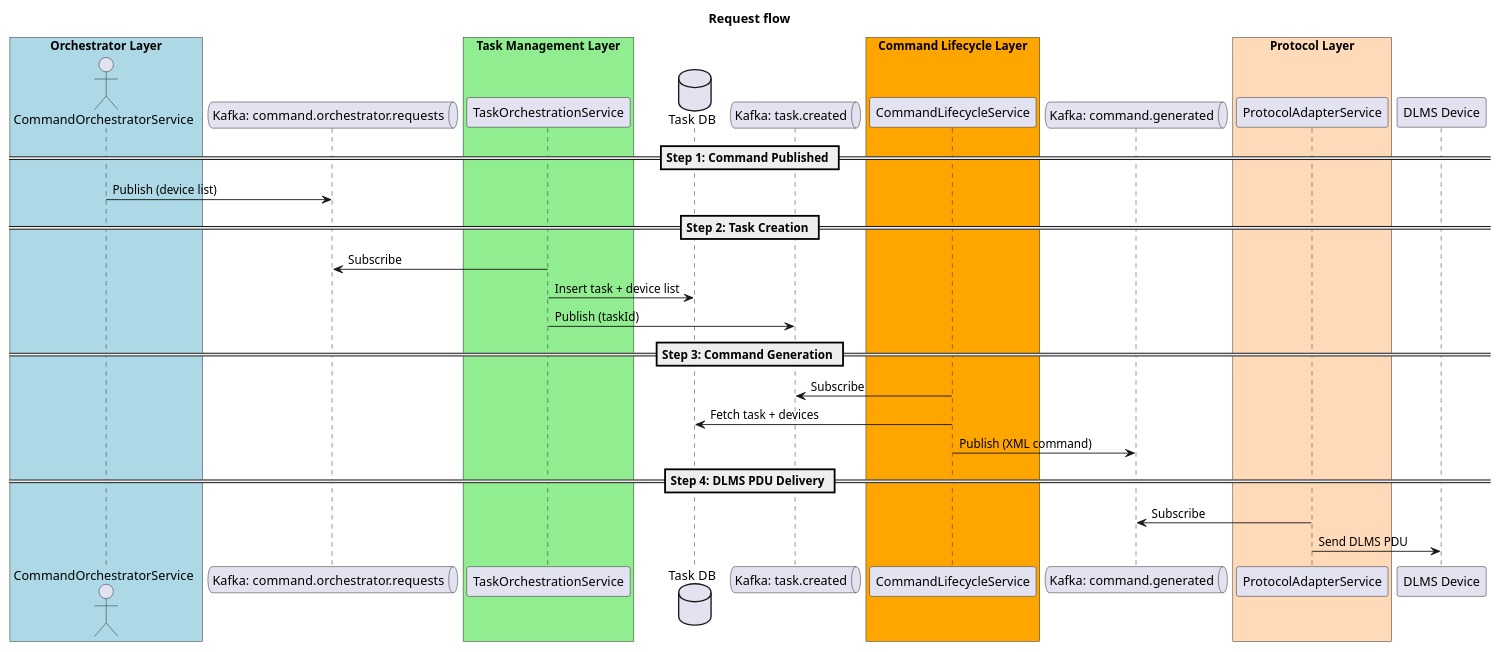
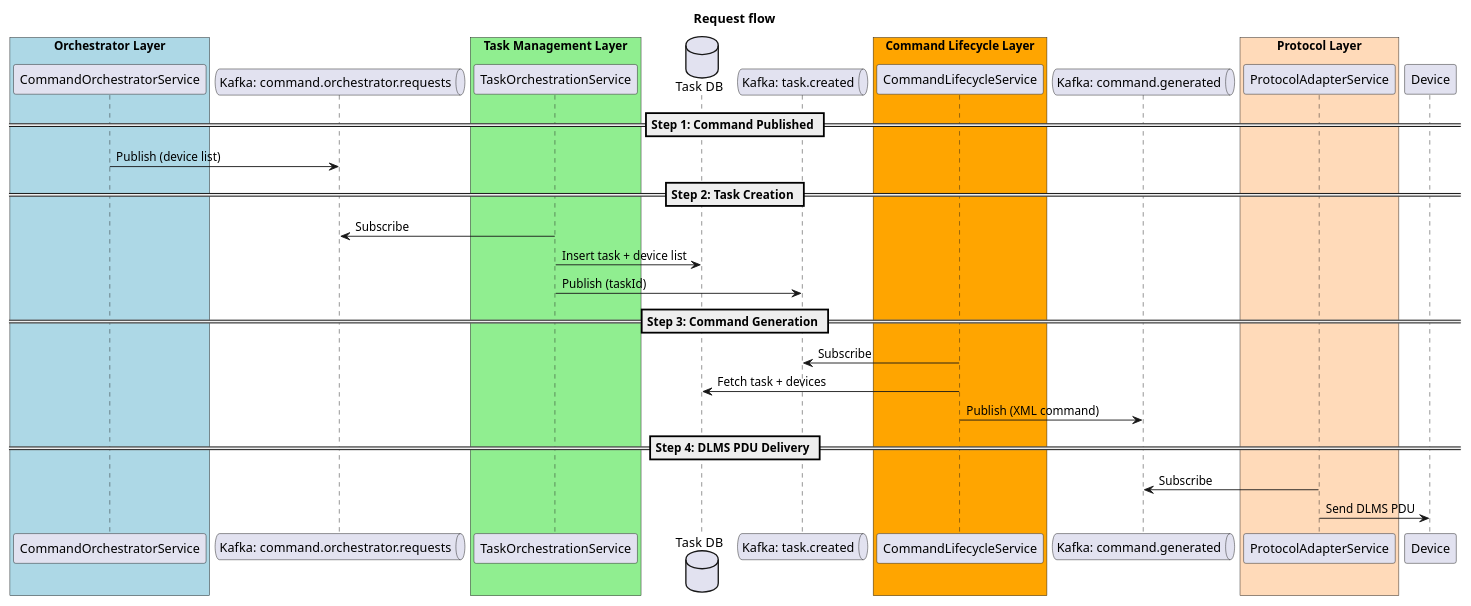
One commit to sbhrwl/microservices changed the first of 2 diagrams in designingmicroservices/architecture/README.md. Above: the diagram before and after it, drawn with PlantUML. The commit also changed other lines of this file, not shown here.

````diff
--- a/designingmicroservices/architecture/README.md
+++ b/designingmicroservices/architecture/README.md
@@ -6,48 +11,48 @@
-```plantuml
-@startuml
-title Request flow
-
-box "Orchestrator Layer" #LightBlue
-  actor CommandOrchestratorService
-end box
-
-queue "Kafka: command.orchestrator.requests" as KafkaGFC
-
-box "Task Management Layer" #LightGreen
-  participant TaskOrchestrationService
-end box
-
-database "Task DB" as TaskDB
-queue "Kafka: task.created" as KafkaTask
-
-box "Command Lifecycle Layer" #Orange
-  participant CommandLifecycleService
-end box
-
-queue "Kafka: command.generated" as KafkaCommand
-
-box "Protocol Layer" #PeachPuff
-  participant ProtocolAdapterService
-end box
-
-participant "DLMS Device" as Device
-
-== Step 1: Command Published ==
-CommandOrchestratorService -> KafkaGFC: Publish (device list)
-
-== Step 2: Task Creation ==
-TaskOrchestrationService -> KafkaGFC: Subscribe
-TaskOrchestrationService -> TaskDB: Insert task + device list
-TaskOrchestrationService -> KafkaTask: Publish (taskId)
-
-== Step 3: Command Generation ==
-CommandLifecycleService -> KafkaTask: Subscribe
-CommandLifecycleService -> TaskDB: Fetch task + devices
-CommandLifecycleService -> KafkaCommand: Publish (XML command)
-
-== Step 4: DLMS PDU Delivery ==
-ProtocolAdapterService -> KafkaCommand: Subscribe
-ProtocolAdapterService -> Device: Send DLMS PDU
-
-@enduml
-```
+  ```plantuml
+  @startuml
+  title Request flow
+  
+  box "Orchestrator Layer" #LightBlue
+    participant CommandOrchestratorService
+  end box
+  
+  queue "Kafka: command.orchestrator.requests" as KafkaGFC
+  
+  box "Task Management Layer" #LightGreen
+    participant TaskOrchestrationService
+  end box
+  
+  database "Task DB" as TaskDB
+  queue "Kafka: task.created" as KafkaTask
+  
+  box "Command Lifecycle Layer" #Orange
+    participant CommandLifecycleService
+  end box
+  
+  queue "Kafka: command.generated" as KafkaCommand
+  
+  box "Protocol Layer" #PeachPuff
+    participant ProtocolAdapterService
+  end box
+  
+  participant "Device" as Device
+  
+  == Step 1: Command Published ==
+  CommandOrchestratorService -> KafkaGFC: Publish (device list)
+  
+  == Step 2: Task Creation ==
+  TaskOrchestrationService -> KafkaGFC: Subscribe
+  TaskOrchestrationService -> TaskDB: Insert task + device list
+  TaskOrchestrationService -> KafkaTask: Publish (taskId)
+  
+  == Step 3: Command Generation ==
+  CommandLifecycleService -> KafkaTask: Subscribe
+  CommandLifecycleService -> TaskDB: Fetch task + devices
+  CommandLifecycleService -> KafkaCommand: Publish (XML command)
+  
+  == Step 4: DLMS PDU Delivery ==
+  ProtocolAdapterService -> KafkaCommand: Subscribe
+  ProtocolAdapterService -> Device: Send DLMS PDU
+  
+  @enduml
+  ```
````
